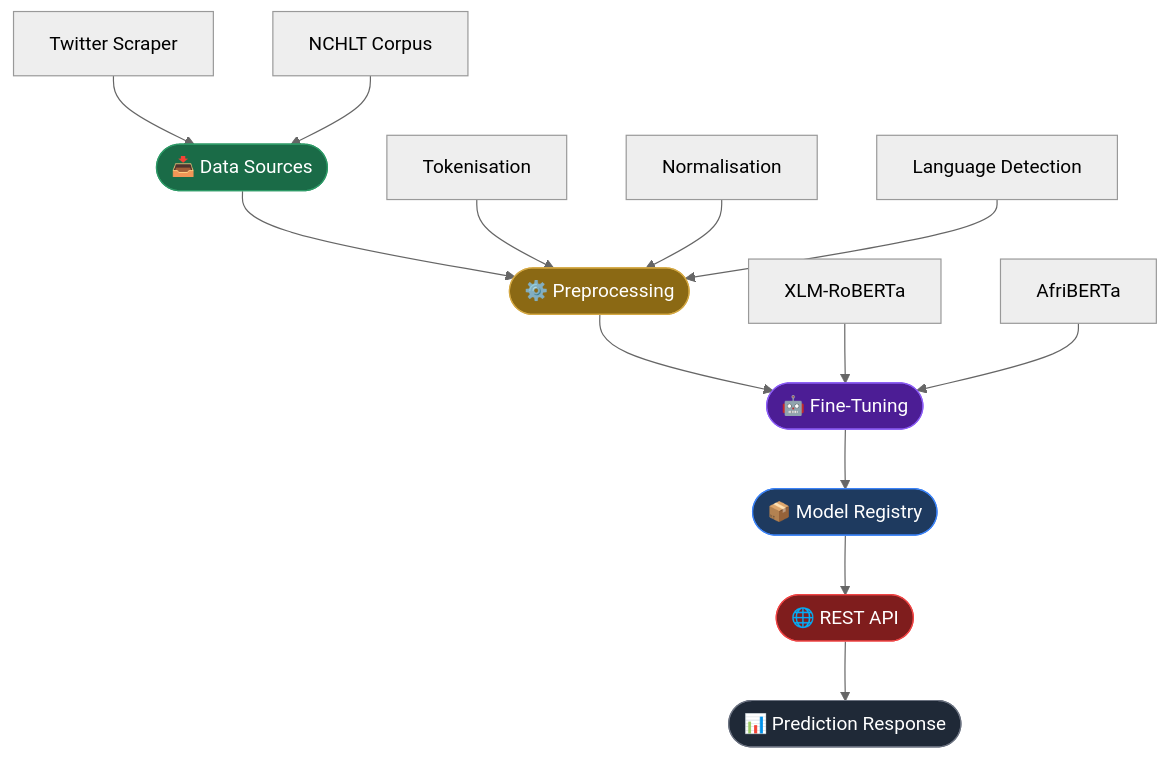
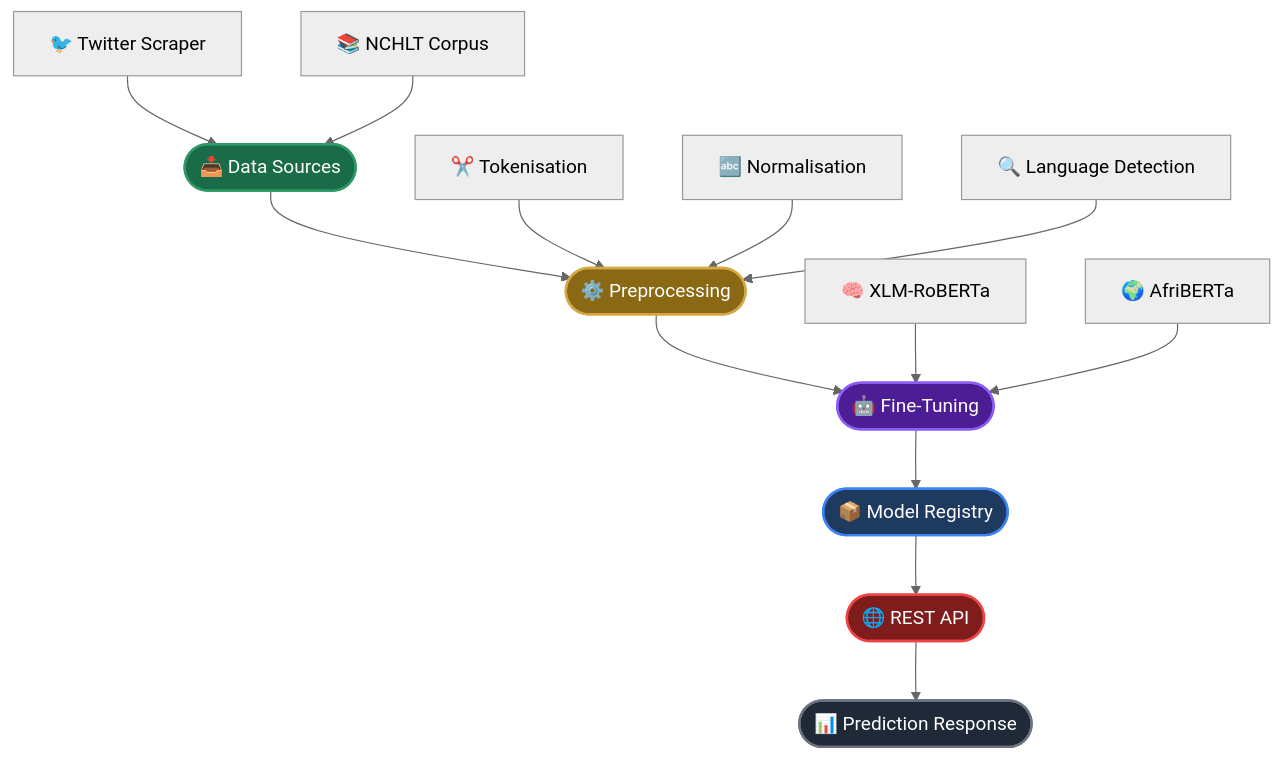
The first of 4 diagrams in README.md (LuthandoCandlovu/African-Language-NLP-Model-), drawn with Mermaid (neutral theme) before and after one commit. The commit also changed other lines of this file, not shown here.

````diff
--- a/README.md
+++ b/README.md
@@ -106,26 +182,25 @@
 ```mermaid
 flowchart TD
-    A([📥 Data Sources]) --> B([⚙️ Preprocessing])
-    B --> C([🤖 Fine-Tuning])
-    C --> D([📦 Model Registry])
-    D --> E([🌐 REST API])
+    A(["📥 Data Sources"]):::green --> B(["⚙️ Preprocessing"]):::gold
+    B --> C(["🤖 Fine-Tuning"]):::purple
+    C --> D(["📦 Model Registry"]):::blue
+    D --> E(["🌐 REST API"]):::red
+    E --> F(["📊 Prediction Response"]):::dark
 
-    A1[Twitter Scraper] --> A
-    A2[NCHLT Corpus] --> A
+    A1["🐦 Twitter Scraper"] --> A
+    A2["📚 NCHLT Corpus"] --> A
 
-    B1[Tokenisation] --> B
-    B2[Normalisation] --> B
-    B3[Language Detection] --> B
+    B1["✂️ Tokenisation"] --> B
+    B2["🔤 Normalisation"] --> B
+    B3["🔍 Language Detection"] --> B
 
-    C1[XLM-RoBERTa] --> C
-    C2[AfriBERTa] --> C
+    C1["🧠 XLM-RoBERTa"] --> C
+    C2["🌍 AfriBERTa"] --> C
 
-    E --> F([📊 Prediction Response])
-
-    style A fill:#1A6B47,color:#fff,stroke:#2D9966
-    style B fill:#8B6914,color:#fff,stroke:#D4A843
-    style C fill:#4C1D95,color:#fff,stroke:#8B5CF6
-    style D fill:#1e3a5f,color:#fff,stroke:#3b82f6
-    style E fill:#7f1d1d,color:#fff,stroke:#ef4444
-    style F fill:#1f2937,color:#fff,stroke:#6b7280
+    classDef green  fill:#1A6B47,color:#fff,stroke:#2D9966,stroke-width:2px
+    classDef gold   fill:#8B6914,color:#fff,stroke:#D4A843,stroke-width:2px
+    classDef purple fill:#4C1D95,color:#fff,stroke:#8B5CF6,stroke-width:2px
+    classDef blue   fill:#1e3a5f,color:#fff,stroke:#3b82f6,stroke-width:2px
+    classDef red    fill:#7f1d1d,color:#fff,stroke:#ef4444,stroke-width:2px
+    classDef dark   fill:#1f2937,color:#fff,stroke:#6b7280,stroke-width:2px
 ```
````
